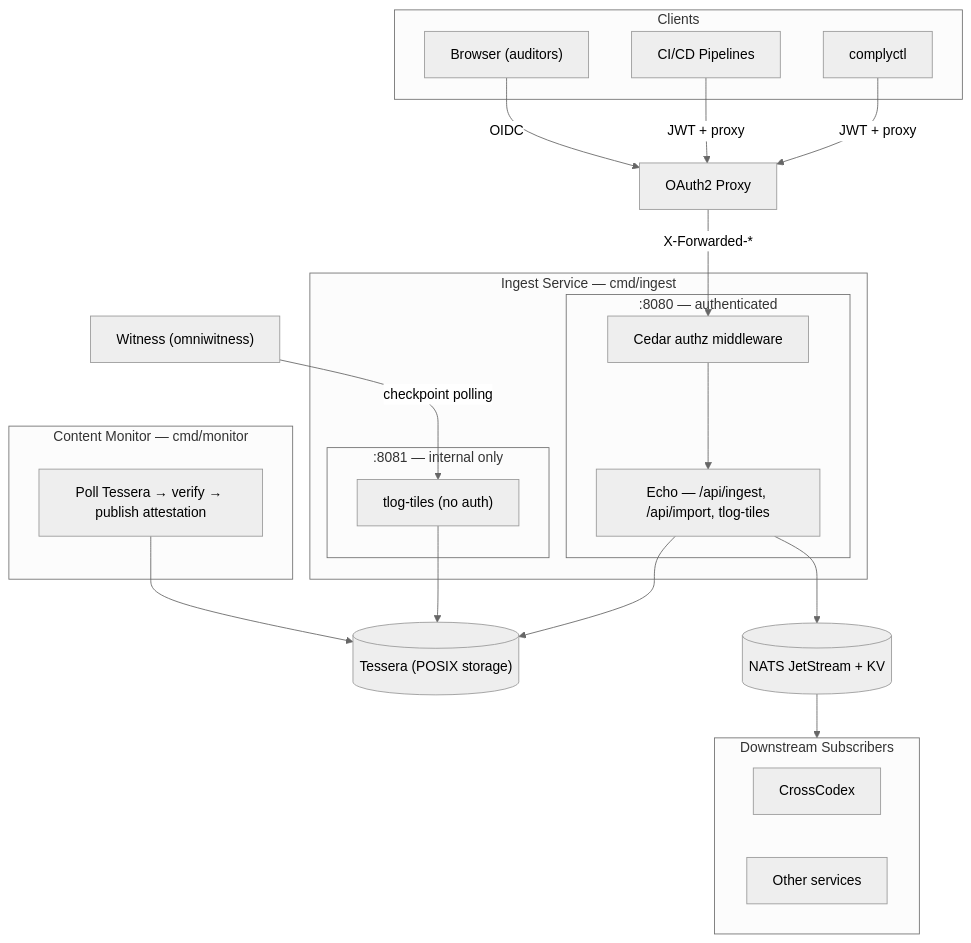
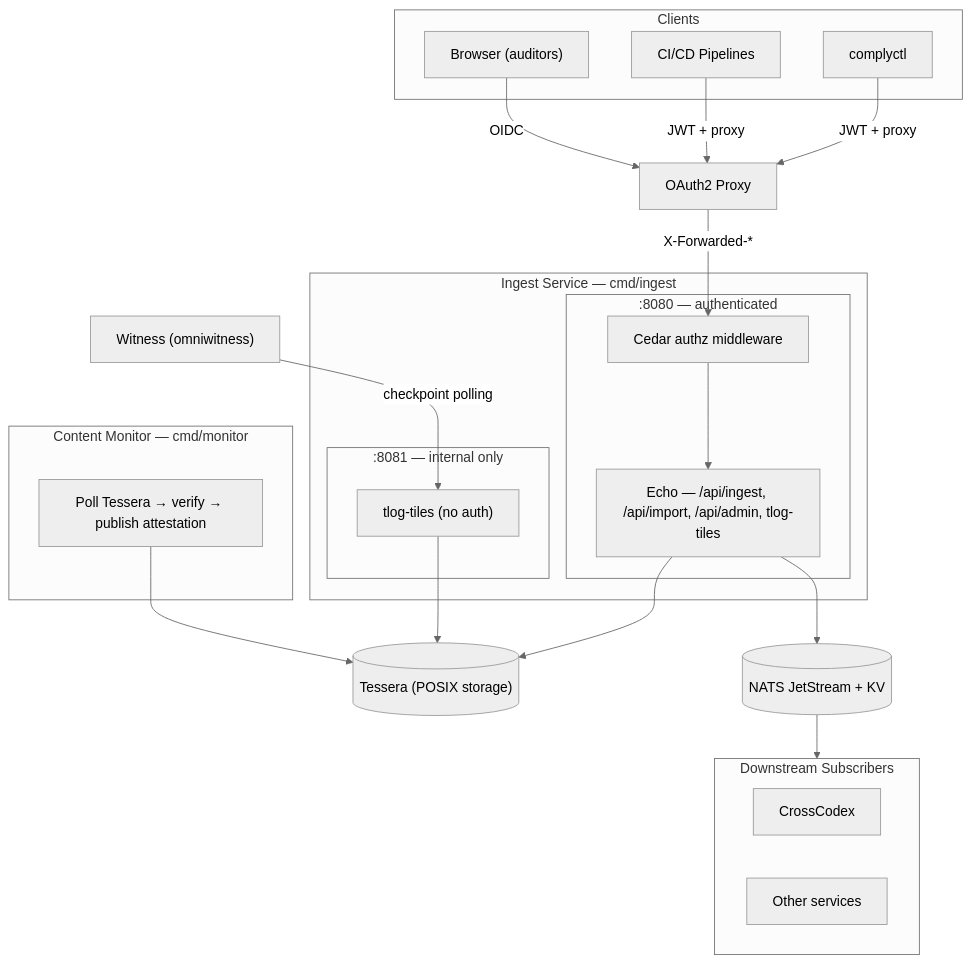
Before and after one commit to complytime-labs/complytime-core: the first of 2 diagrams in docs/architecture.md, drawn with Mermaid (neutral theme). The commit also changed other lines of this file, not shown here.

First line of the commit message:
docs: update architecture for Phase 0 ingest pipeline

````diff
--- a/docs/architecture.md
+++ b/docs/architecture.md
@@ -22,45 +22,45 @@
 ```mermaid
 flowchart TB
   subgraph Clients
     complyctl["complyctl"]
     CI["CI/CD Pipelines"]
     Browser["Browser (auditors)"]
   end
 
   Proxy["OAuth2 Proxy"]
 
   subgraph Ingest["Ingest Service — cmd/ingest"]
     subgraph Primary[":8080 — authenticated"]
       Cedar["Cedar authz middleware"]
-      Echo["Echo — /api/ingest, /api/import, tlog-tiles"]
+      Echo["Echo — /api/ingest, /api/import, /api/admin, tlog-tiles"]
     end
     subgraph Internal[":8081 — internal only"]
       IntTiles["tlog-tiles (no auth)"]
     end
   end
 
   Tessera[("Tessera (POSIX storage)")]
   NATS[("NATS JetStream + KV")]
   Witness["Witness (omniwitness)"]
 
   subgraph Monitor["Content Monitor — cmd/monitor"]
     WS["Poll Tessera → verify → publish attestation"]
   end
 
   subgraph Downstream["Downstream Subscribers"]
     CrossCodex["CrossCodex"]
     Other["Other services"]
   end
 
   complyctl -->|"JWT + proxy"| Proxy
   CI -->|"JWT + proxy"| Proxy
   Browser -->|"OIDC"| Proxy
   Proxy -->|"X-Forwarded-*"| Cedar
   Cedar --> Echo
   Echo --> Tessera
   Echo --> NATS
   Witness -->|"checkpoint polling"| IntTiles
   IntTiles --> Tessera
   WS --> Tessera
   NATS --> Downstream
 ```
````
